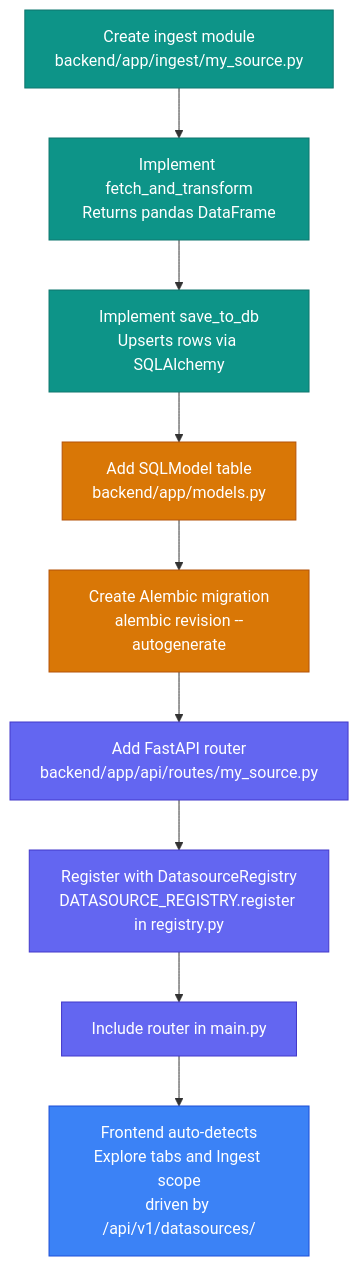
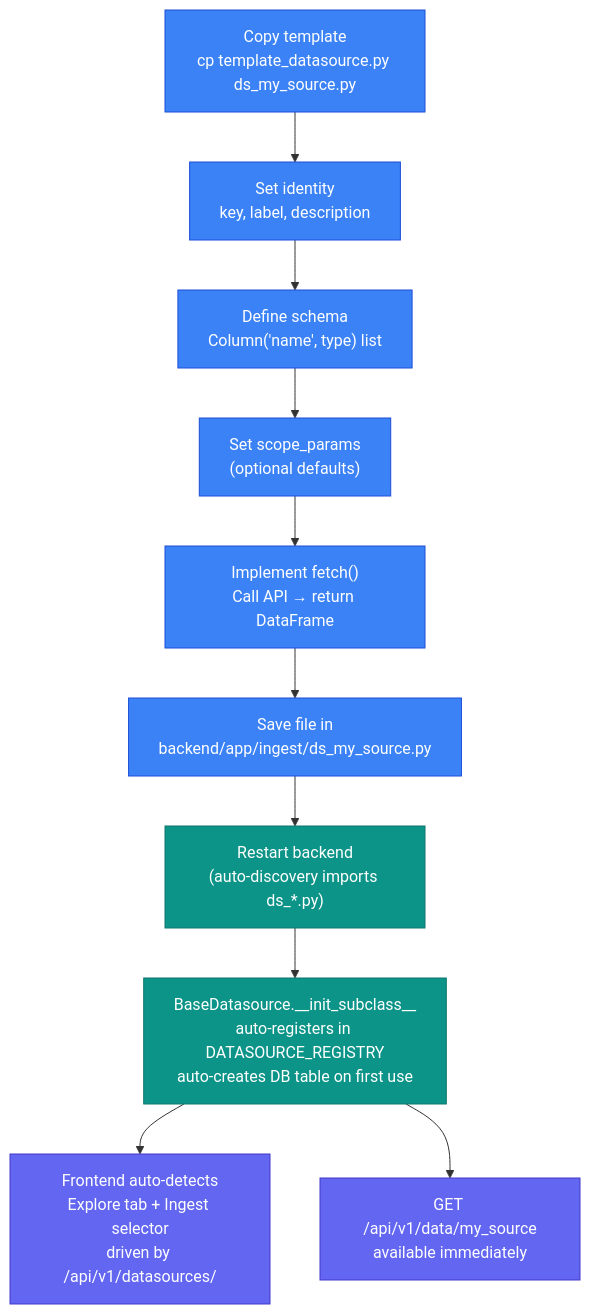
The fourth of 7 diagrams in docs/architecture.md (graham-louis/MLPlayground), drawn with Mermaid before and after one commit. The commit also changed other lines of this file and 35 other files, not shown here.

First line of the commit message:
Refactor data ingestion and API endpoints

````diff
--- a/docs/architecture.md
+++ b/docs/architecture.md
@@ -207,21 +169,20 @@
 ```mermaid
 flowchart TD
-    A[Create ingest module\nbackend/app/ingest/my_source.py] --> B[Implement fetch_and_transform\nReturns pandas DataFrame]
-    B --> C[Implement save_to_db\nUpserts rows via SQLAlchemy]
-    C --> D[Add SQLModel table\nbackend/app/models.py]
-    D --> E[Create Alembic migration\nalembic revision --autogenerate]
-    E --> F[Add FastAPI router\nbackend/app/api/routes/my_source.py]
-    F --> G[Register with DatasourceRegistry\nDATASOURCE_REGISTRY.register in registry.py]
-    G --> H[Include router in main.py]
-    H --> I[Frontend auto-detects\nExplore tabs and Ingest scope\ndriven by /api/v1/datasources/]
+    A["Copy template\ncp template_datasource.py ds_my_source.py"] --> B["Set identity\nkey, label, description"]
+    B --> C["Define schema\nColumn('name', type) list"]
+    C --> D["Set scope_params\n(optional defaults)"]
+    D --> E["Implement fetch()\nCall API → return DataFrame"]
+    E --> F["Save file in\nbackend/app/ingest/ds_my_source.py"]
+    F --> G["Restart backend\n(auto-discovery imports ds_*.py)"]
+    G --> H["BaseDatasource.__init_subclass__\nauto-registers in DATASOURCE_REGISTRY\nauto-creates DB table on first use"]
+    H --> I["Frontend auto-detects\nExplore tab + Ingest selector\ndriven by /api/v1/datasources/"]
+    H --> J["GET /api/v1/data/my_source\navailable immediately"]
 
-    classDef ingest fill:#0d9488,color:#fff,stroke:#0f766e
-    classDef db fill:#d97706,color:#fff,stroke:#b45309
-    classDef api fill:#6366f1,color:#fff,stroke:#4338ca
-    classDef frontend fill:#3b82f6,color:#fff,stroke:#1d4ed8
+    classDef user fill:#3b82f6,color:#fff,stroke:#1d4ed8
+    classDef framework fill:#0d9488,color:#fff,stroke:#0f766e
+    classDef frontend fill:#6366f1,color:#fff,stroke:#4338ca
 
-    class A,B,C ingest
-    class D,E db
-    class F,G,H api
-    class I frontend
+    class A,B,C,D,E,F user
+    class G,H framework
+    class I,J frontend
 ```
````
